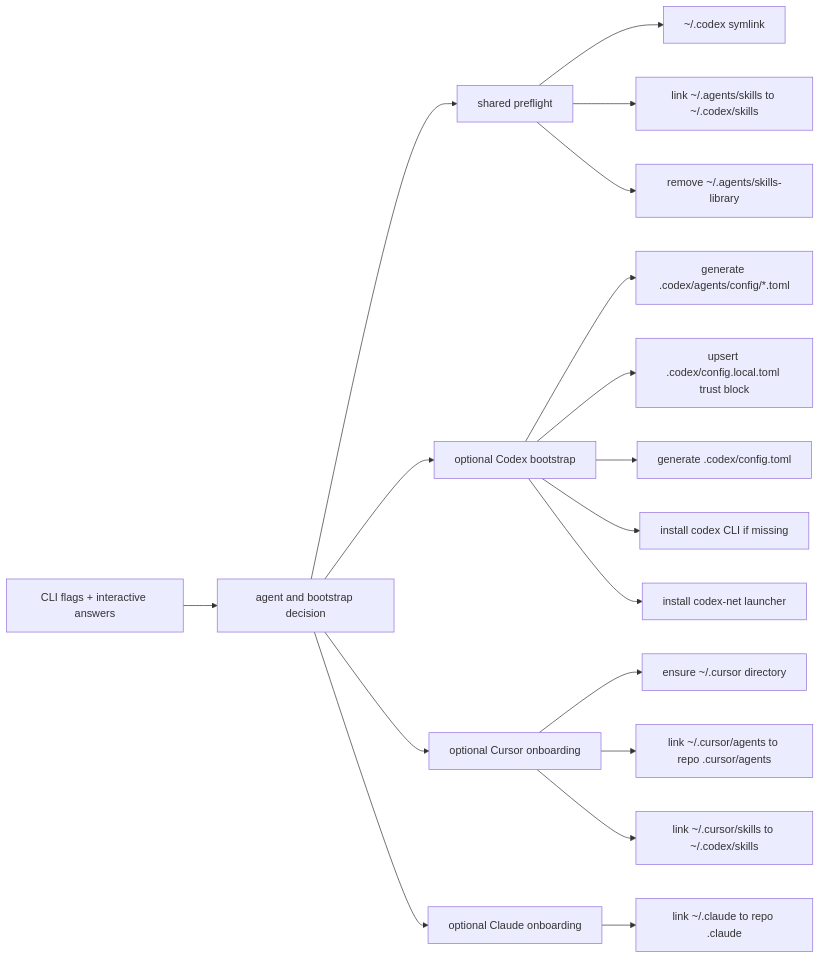
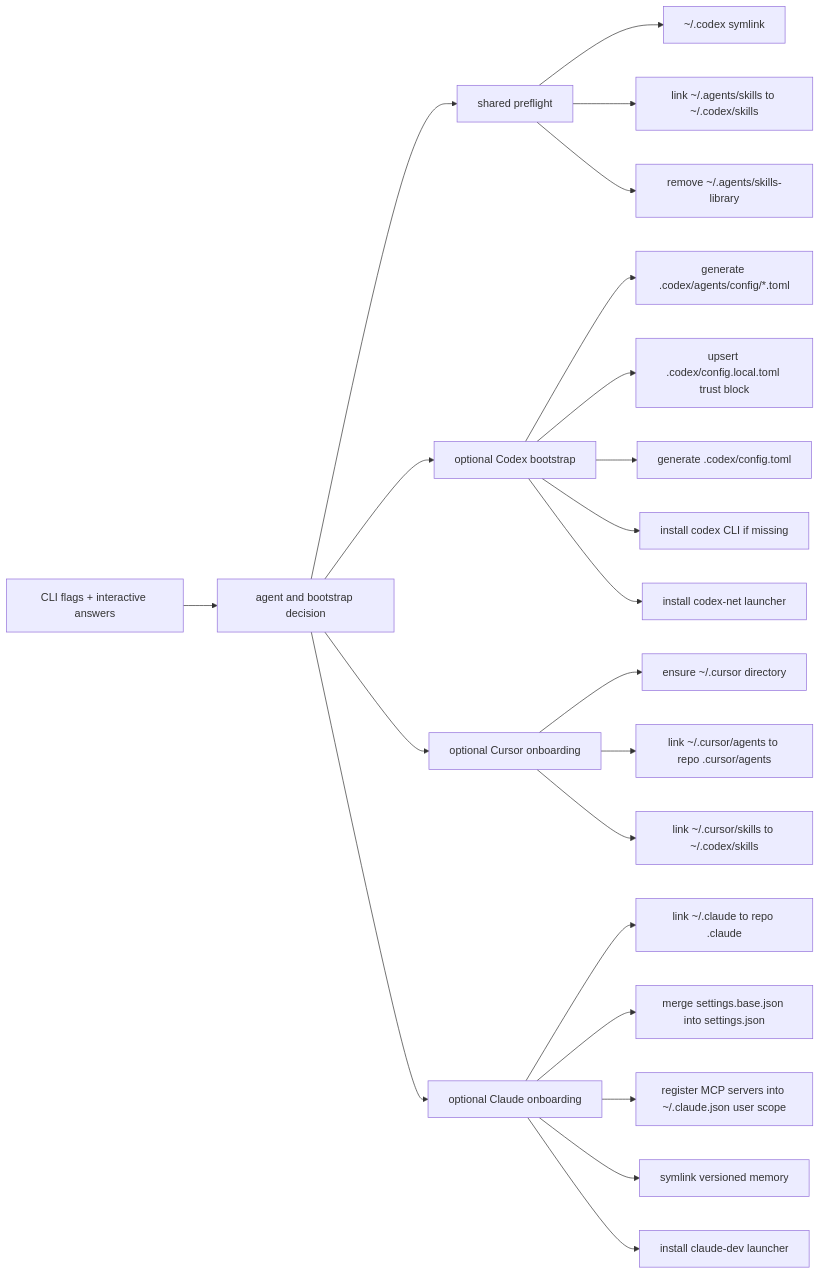
Before and after one commit to kzokv/agent-dock: the second of 4 diagrams in docs/onboarding.md, drawn with Mermaid. The commit also changed other lines of this file and 16 other files, not shown here.

````diff
--- a/docs/onboarding.md
+++ b/docs/onboarding.md
@@ -72,23 +75,27 @@
 ```mermaid
 flowchart LR
     A[CLI flags + interactive answers] --> B[agent and bootstrap decision]
     B --> C[shared preflight]
     C --> C1[~/.codex symlink]
     C --> C2[link ~/.agents/skills to ~/.codex/skills]
     C --> C3[remove ~/.agents/skills-library]
     B --> D[optional Codex bootstrap]
     B --> E[optional Cursor onboarding]
     B --> F[optional Claude onboarding]
 
     D --> D1[generate .codex/agents/config/*.toml]
     D --> D2[upsert .codex/config.local.toml trust block]
     D --> D3[generate .codex/config.toml]
     D --> D4[install codex CLI if missing]
     D --> D5[install codex-net launcher]
 
     E --> E1[ensure ~/.cursor directory]
     E --> E2[link ~/.cursor/agents to repo .cursor/agents]
     E --> E3[link ~/.cursor/skills to ~/.codex/skills]
 
     F --> F1[link ~/.claude to repo .claude]
+    F --> F2[merge settings.base.json into settings.json]
+    F --> F3[register MCP servers into ~/.claude.json user scope]
+    F --> F4[symlink versioned memory]
+    F --> F5[install claude-dev launcher]
 ```
````
